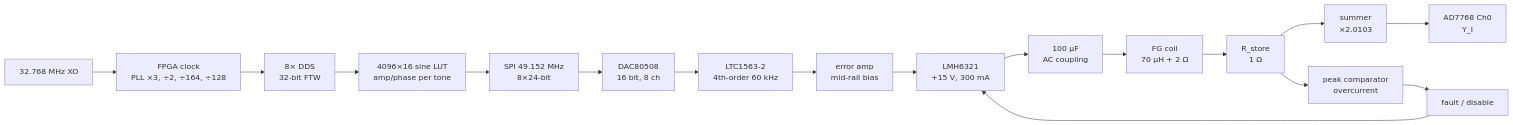
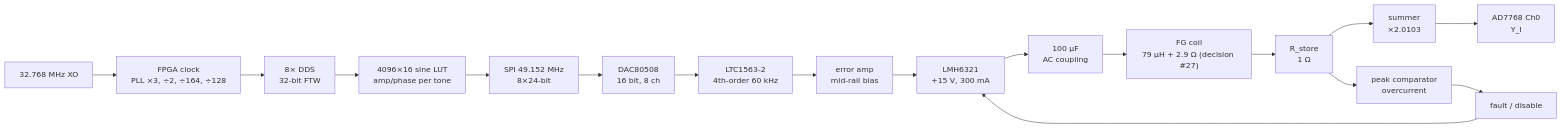
The third of 9 diagrams in docs/phase2/system_flowchart.md (poisnoir/Capstone), drawn with Mermaid before and after one commit. The commit also changed other lines of this file and 25 other files, not shown here.

````diff
--- a/docs/phase2/system_flowchart.md
+++ b/docs/phase2/system_flowchart.md
@@ -104,19 +111,19 @@
 ```mermaid
 flowchart LR
   XO["32.768 MHz XO"] --> DIV["FPGA clock<br/>PLL ×3, ÷2, ÷164, ÷128"]
   DIV --> DDS8["8× DDS<br/>32-bit FTW"]
   DDS8 --> LUT["4096×16 sine LUT<br/>amp/phase per tone"]
   LUT --> SPI["SPI 49.152 MHz<br/>8×24-bit"]
   SPI --> D8["DAC80508<br/>16 bit, 8 ch"]
   D8 --> REC["LTC1563-2<br/>4th-order 60 kHz"]
   REC --> ERR["error amp<br/>mid-rail bias"]
   ERR --> BUF["LMH6321<br/>+15 V, 300 mA"]
   BUF --> CPL["100 µF<br/>AC coupling"]
-  CPL --> COIL["FG coil<br/>70 µH + 2 Ω"]
+  CPL --> COIL["FG coil<br/>79 µH + 2.9 Ω (decision #27)"]
   COIL --> RS["R_store<br/>1 Ω"]
   RS --> SUM["summer<br/>×2.0103"]
   SUM --> ADC0["AD7768 Ch0<br/>Y_I"]
   RS --> CMP["peak comparator<br/>overcurrent"]
   CMP --> FAULT["fault / disable"]
   FAULT --> BUF
 ```
````
